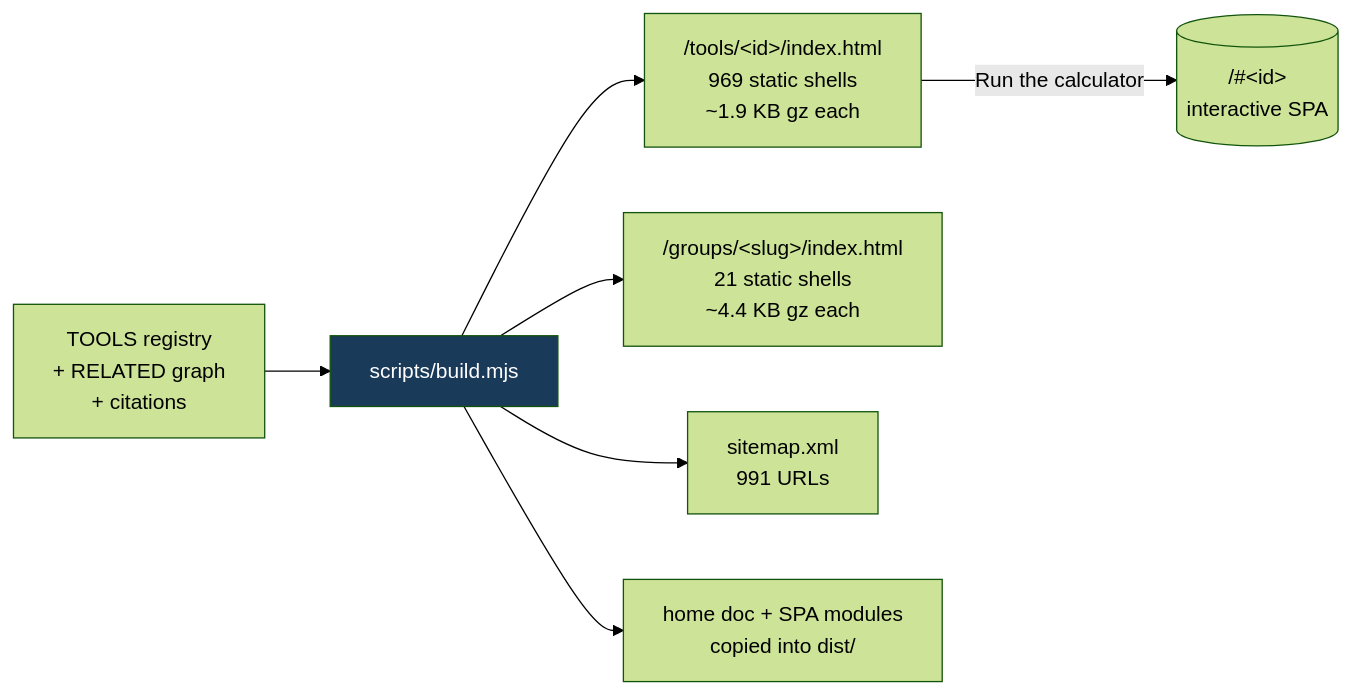
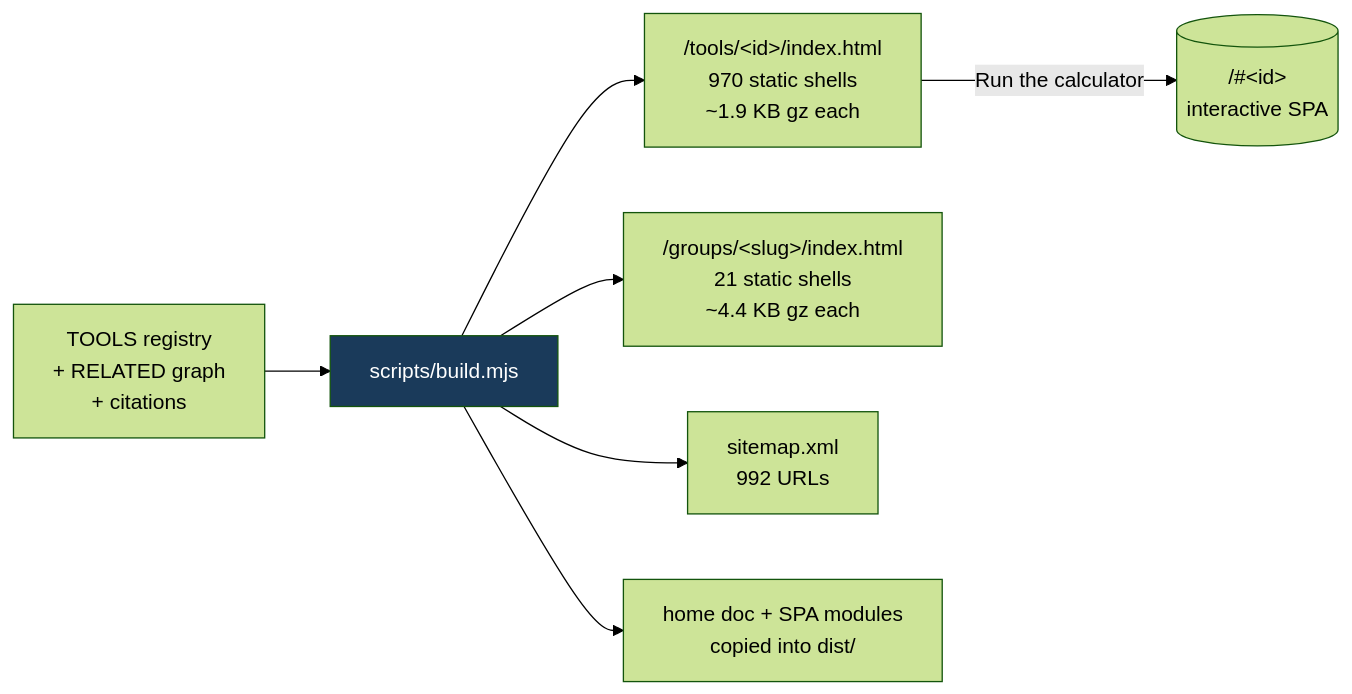
Before and after one commit to clay-good/roughlogic.com: the fifth of 8 diagrams in README.md, drawn with Mermaid (forest theme). The commit also changed other lines of this file and 14 other files, not shown here.

````diff
--- a/README.md
+++ b/README.md
@@ -495,10 +495,10 @@
 ```mermaid
 flowchart LR
     SRC[TOOLS registry\n+ RELATED graph\n+ citations] --> BUILD[scripts/build.mjs]
-    BUILD --> TILE["/tools/&lt;id&gt;/index.html\n969 static shells\n~1.9 KB gz each"]
+    BUILD --> TILE["/tools/&lt;id&gt;/index.html\n970 static shells\n~1.9 KB gz each"]
     BUILD --> GROUP["/groups/&lt;slug&gt;/index.html\n21 static shells\n~4.4 KB gz each"]
-    BUILD --> MAP["sitemap.xml\n991 URLs"]
+    BUILD --> MAP["sitemap.xml\n992 URLs"]
     BUILD --> COPY[home doc + SPA modules\ncopied into dist/]
     TILE -->|Run the calculator| SPA[("/#&lt;id&gt;\ninteractive SPA")]
     style BUILD fill:#1a3a5a,color:#fff
 ```
````
